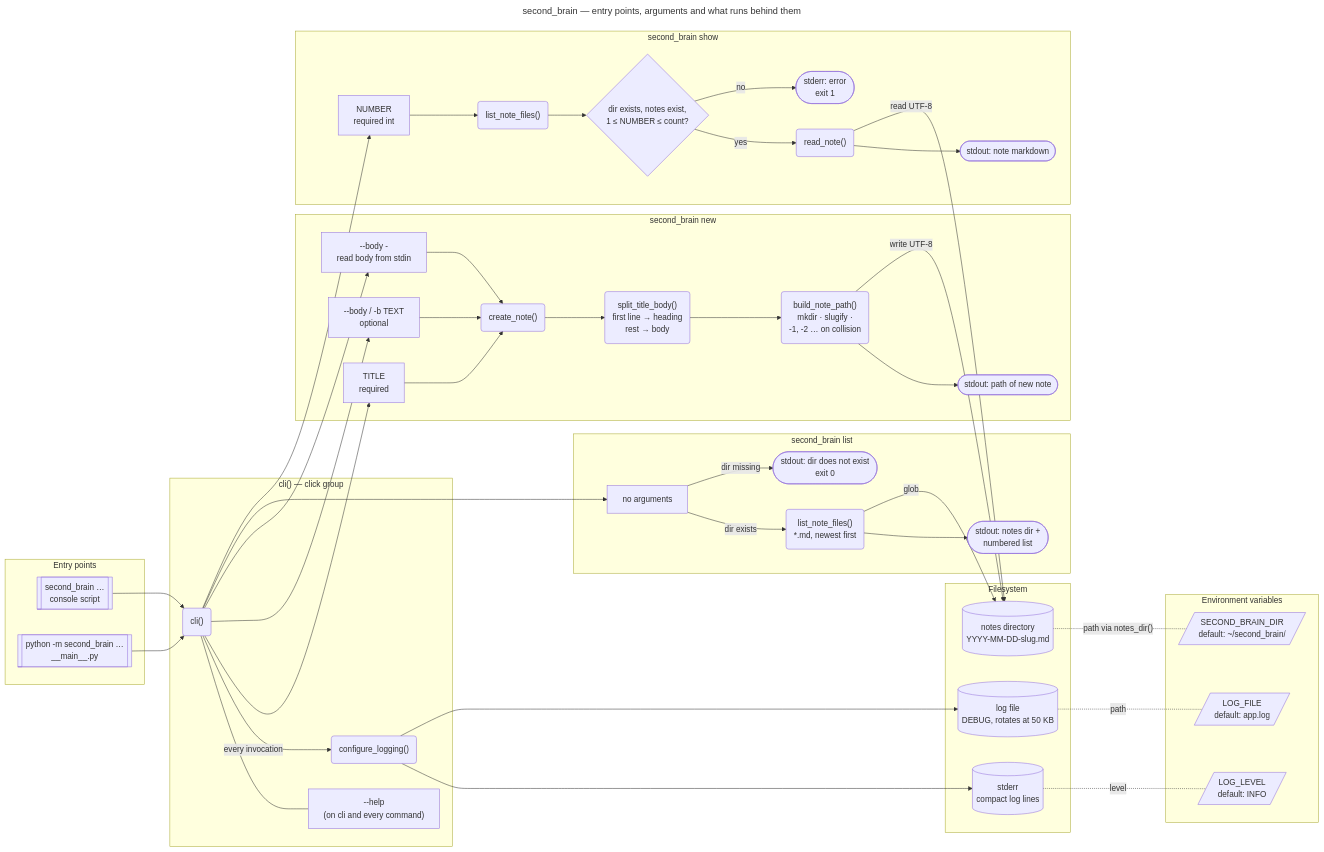
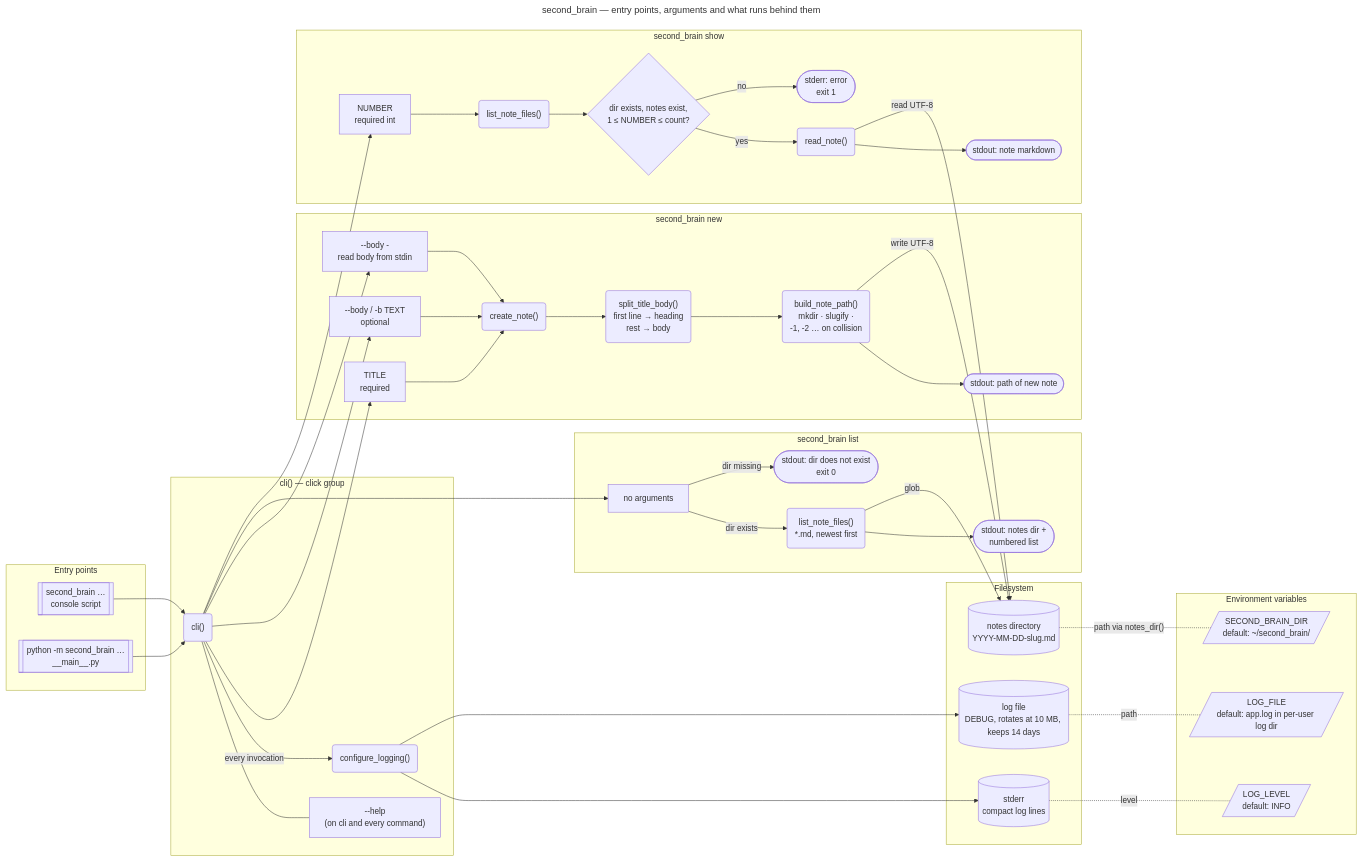
The second of 3 diagrams in docs/diagrams.md (acsany/sb-oct), drawn with Mermaid before and after one commit. The commit also changed other lines of this file and 4 other files, not shown here.

First line of the commit message:
docs: document the per-user log file location

````diff
--- a/docs/diagrams.md
+++ b/docs/diagrams.md
@@ -102,80 +108,80 @@
 ```mermaid
 ---
 title: second_brain — entry points, arguments and what runs behind them
 ---
 flowchart LR
     subgraph launch["Entry points"]
         console[["second_brain …<br/>console script"]]
         module[["python -m second_brain …<br/>__main__.py"]]
     end
 
     subgraph group["cli() — click group"]
         root("cli()")
         help_opt["--help<br/>(on cli and every command)"]
         logging("configure_logging()")
     end
 
     subgraph cmd_new["second_brain new"]
         new_title["TITLE<br/>required"]
         new_body["--body / -b TEXT<br/>optional"]
         new_stdin["--body -<br/>read body from stdin"]
         new_fn("create_note()")
         new_split("split_title_body()<br/>first line → heading<br/>rest → body")
         new_path("build_note_path()<br/>mkdir · slugify ·<br/>-1, -2 … on collision")
         new_out(["stdout: path of new note"])
     end
 
     subgraph cmd_list["second_brain list"]
         list_noargs["no arguments"]
         list_fn("list_note_files()<br/>*.md, newest first")
         list_missing(["stdout: dir does not exist<br/>exit 0"])
         list_out(["stdout: notes dir +<br/>numbered list"])
     end
 
     subgraph cmd_show["second_brain show"]
         show_num["NUMBER<br/>required int"]
         show_files("list_note_files()")
         show_check{"dir exists, notes exist,<br/>1 ≤ NUMBER ≤ count?"}
         show_fn("read_note()")
         show_out(["stdout: note markdown"])
         show_err(["stderr: error<br/>exit 1"])
     end
 
     subgraph storage["Filesystem"]
         notes_store[("notes directory<br/>YYYY-MM-DD-slug.md")]
-        log_file[("log file<br/>DEBUG, rotates at 50 KB")]
+        log_file[("log file<br/>DEBUG, rotates at 10 MB, keeps 14 days")]
         stderr_sink[("stderr<br/>compact log lines")]
     end
 
     subgraph env["Environment variables"]
         env_dir[/"SECOND_BRAIN_DIR<br/>default: ~/second_brain/"/]
         env_level[/"LOG_LEVEL<br/>default: INFO"/]
-        env_file[/"LOG_FILE<br/>default: app.log"/]
+        env_file[/"LOG_FILE<br/>default: app.log in per-user log dir"/]
     end
 
     console --> root
     module --> root
     root --- help_opt
     root -->|every invocation| logging
     logging --> stderr_sink
     logging --> log_file
     stderr_sink -.-|level| env_level
     log_file -.-|path| env_file
     notes_store -.-|"path via notes_dir()"| env_dir
 
     root --> new_title & new_body & new_stdin
     new_title & new_body & new_stdin --> new_fn
     new_fn --> new_split --> new_path
     new_path --> new_out
     new_path -->|write UTF-8| notes_store
 
     root --> list_noargs -->|dir exists| list_fn
     list_noargs -->|dir missing| list_missing
     list_fn --> list_out
     list_fn -->|glob| notes_store
 
     root --> show_num --> show_files --> show_check
     show_check -->|yes| show_fn --> show_out
     show_check -->|no| show_err
     show_fn -->|read UTF-8| notes_store
 ```
````
